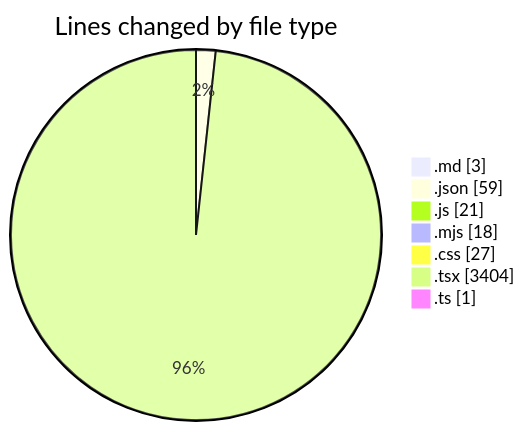
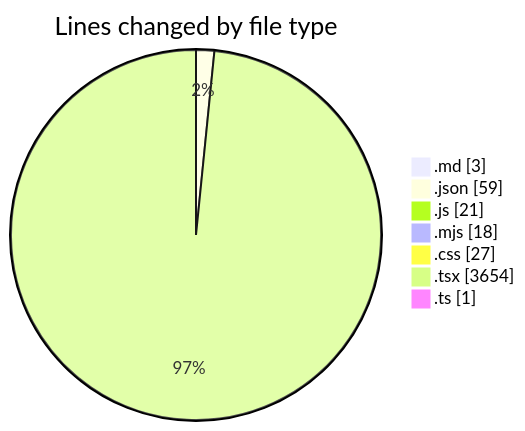
The first of 2 diagrams in 2025-06-18/scopesketch-app/README.md (Ritupan-Deka/code-tracking), drawn with Mermaid before and after one commit. The commit also changed other lines of this file and 1 other file, not shown here.

````diff
--- a/2025-06-18/scopesketch-app/README.md
+++ b/2025-06-18/scopesketch-app/README.md
@@ -28,11 +28,11 @@
 ```mermaid
 pie showData
 title Lines changed by file type
 ".md" : 3
 ".json" : 59
 ".js" : 21
 ".mjs" : 18
 ".css" : 27
-".tsx" : 3404
+".tsx" : 3654
 ".ts" : 1
 ```
````
